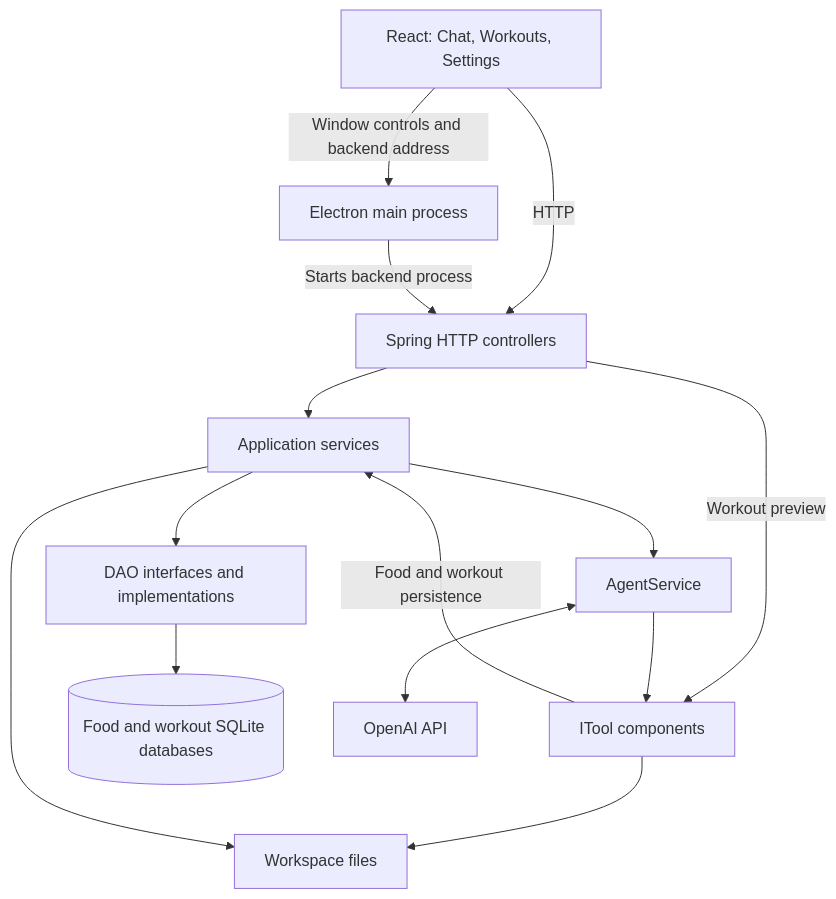
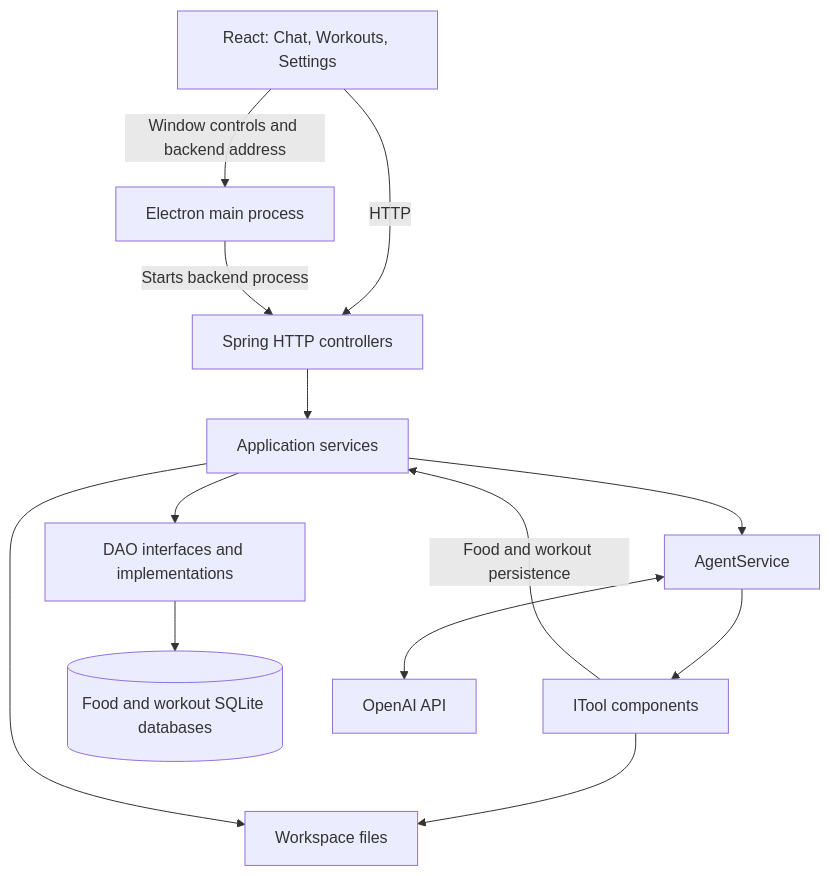
The diagram in docs/DEVELOPMENT.md (phanmi/tyler_agent), drawn with Mermaid before and after one commit. The commit also changed other lines of this file and 14 other files, not shown here.

````diff
--- a/docs/DEVELOPMENT.md
+++ b/docs/DEVELOPMENT.md
@@ -95,27 +95,26 @@
 ```mermaid
 flowchart TB
     UI["React: Chat, Workouts, Settings"]
     Desktop["Electron main process"]
     Controllers["Spring HTTP controllers"]
     Services["Application services"]
     Agent["AgentService"]
     Tools["ITool components"]
     Data["DAO interfaces and implementations"]
     SQLite[("Food and workout SQLite databases")]
     Files["Workspace files"]
     OpenAI["OpenAI API"]
 
     UI -->|HTTP| Controllers
     UI -->|Window controls and backend address| Desktop
     Desktop -->|Starts backend process| Controllers
     Controllers --> Services
-    Controllers -->|Workout preview| Tools
     Services --> Agent
     Agent <--> OpenAI
     Agent --> Tools
     Services --> Data
     Tools -->|Food and workout persistence| Services
     Data --> SQLite
     Tools --> Files
     Services --> Files
 ```
````
